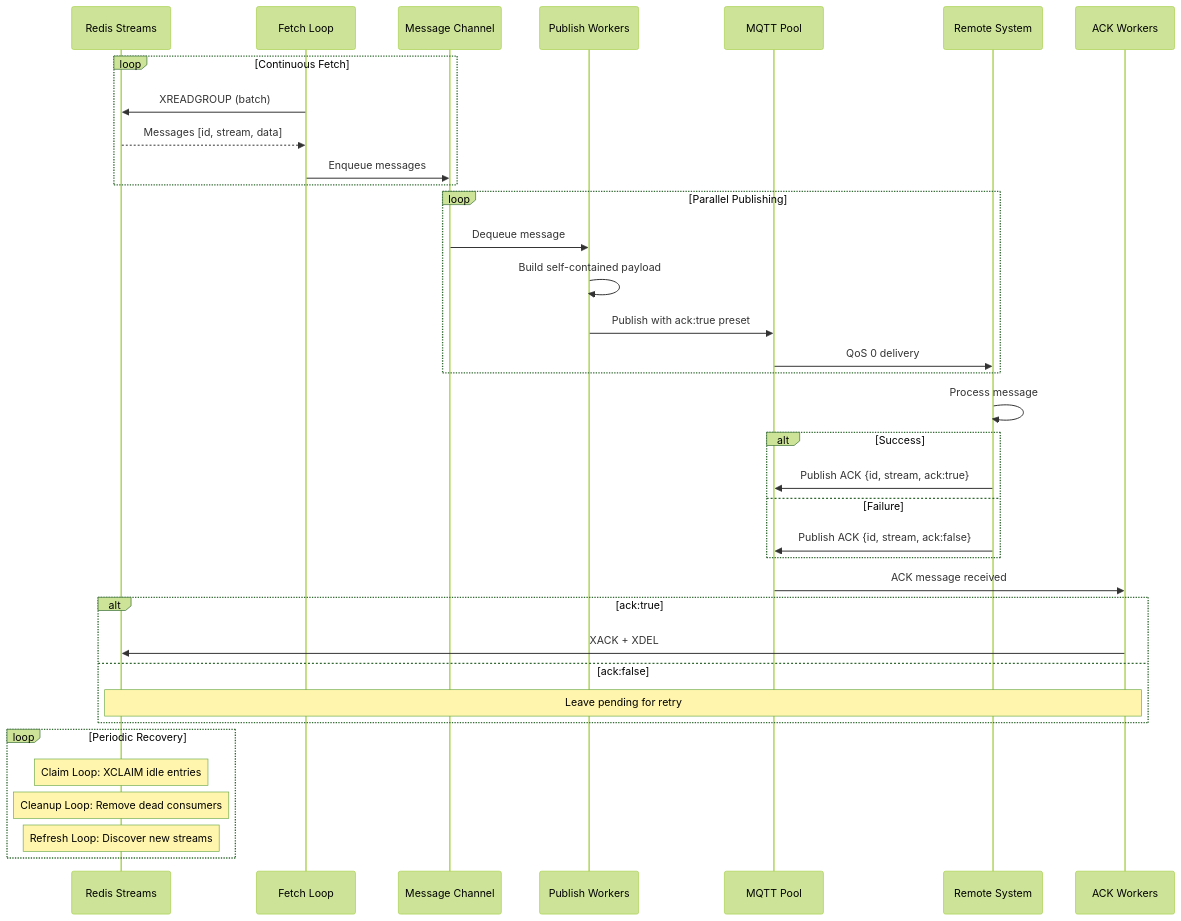
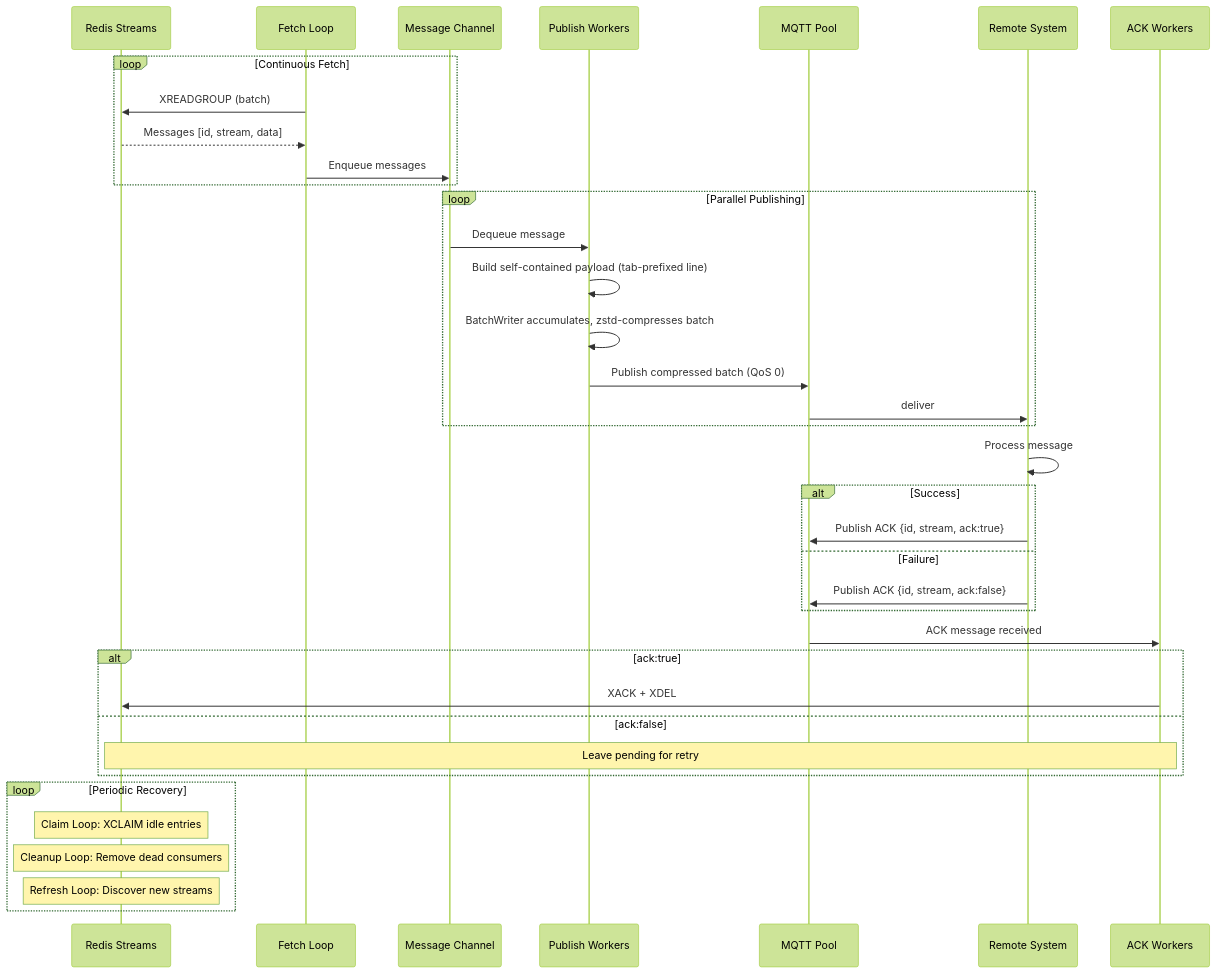
The second of 18 diagrams in ARCHITECTURE.md (ibs-source/syslog-consumer), drawn with Mermaid (forest theme) before and after one commit. The commit also changed other lines of this file and 59 other files, not shown here.

````diff
--- a/ARCHITECTURE.md
+++ b/ARCHITECTURE.md
@@ -91,43 +91,44 @@
 ```mermaid
 sequenceDiagram
     participant Redis as Redis Streams
     participant Fetch as Fetch Loop
     participant Buffer as Message Channel
     participant Worker as Publish Workers
     participant MQTT as MQTT Pool
     participant Remote as Remote System
     participant ACK as ACK Workers
     
     loop Continuous Fetch
         Fetch->>Redis: XREADGROUP (batch)
         Redis-->>Fetch: Messages [id, stream, data]
         Fetch->>Buffer: Enqueue messages
     end
     
     loop Parallel Publishing
         Buffer->>Worker: Dequeue message
-        Worker->>Worker: Build self-contained payload
-        Worker->>MQTT: Publish with ack:true preset
-        MQTT->>Remote: QoS 0 delivery
+        Worker->>Worker: Build self-contained payload (tab-prefixed line)
+        Worker->>Worker: BatchWriter accumulates, zstd-compresses batch
+        Worker->>MQTT: Publish compressed batch (QoS 0)
+        MQTT->>Remote: deliver
     end
     
     Remote->>Remote: Process message
     alt Success
         Remote->>MQTT: Publish ACK {id, stream, ack:true}
     else Failure
         Remote->>MQTT: Publish ACK {id, stream, ack:false}
     end
     
     MQTT->>ACK: ACK message received
     alt ack:true
         ACK->>Redis: XACK + XDEL
     else ack:false
         Note over ACK,Redis: Leave pending for retry
     end
     
     loop Periodic Recovery
         Note over Redis: Claim Loop: XCLAIM idle entries
         Note over Redis: Cleanup Loop: Remove dead consumers
         Note over Redis: Refresh Loop: Discover new streams
     end
 ```
````
